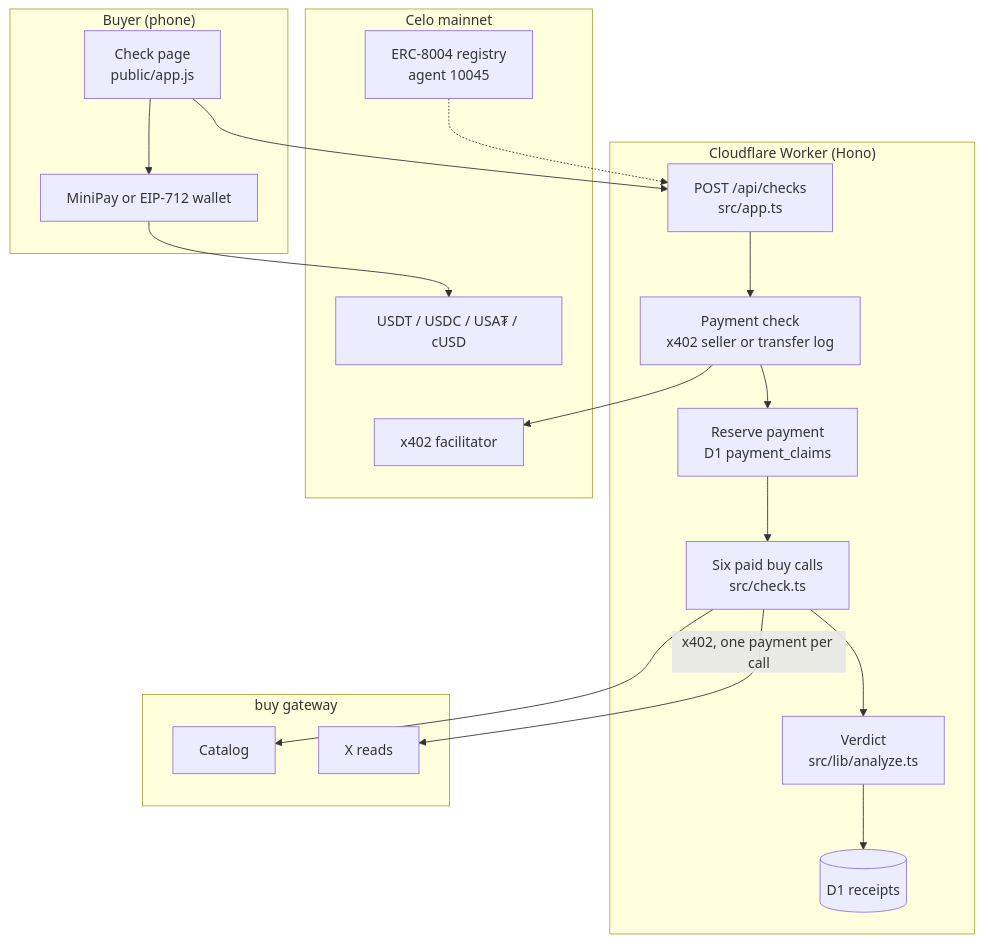
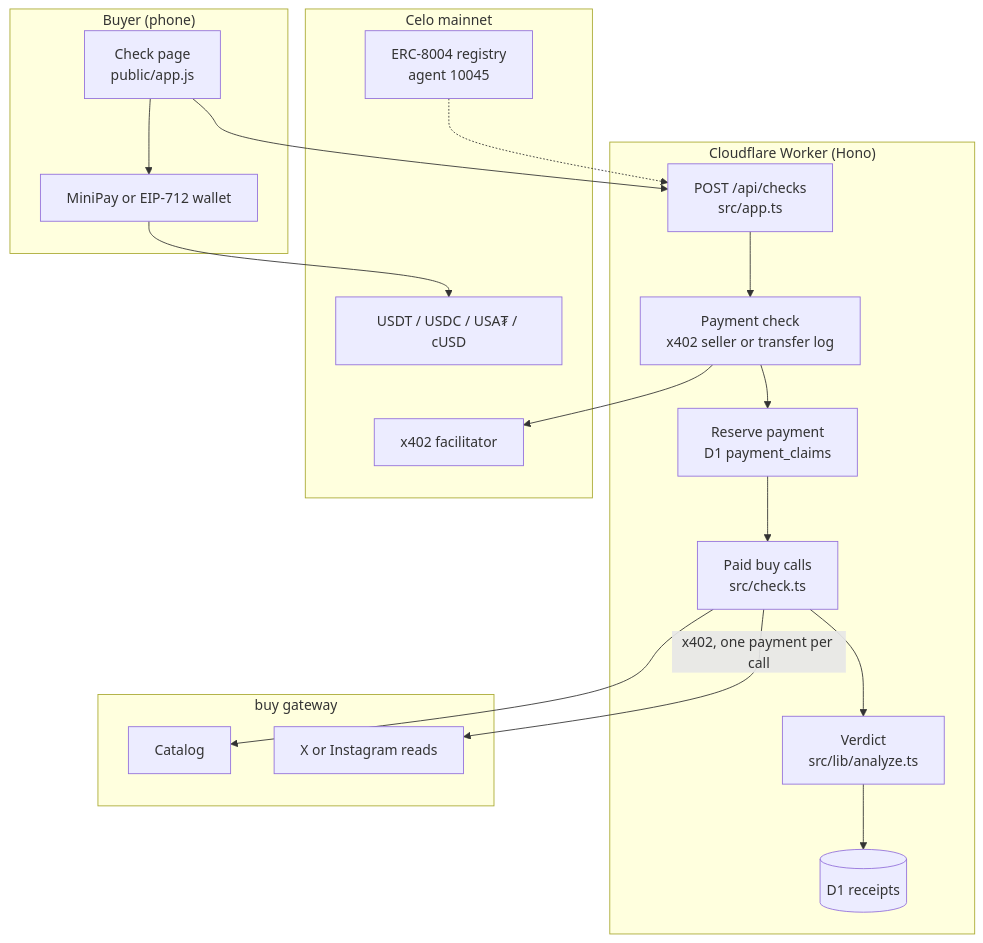
One commit to ahmardchain/pay-small-check changed the first of 2 diagrams in README.md. Above: the diagram before and after it, drawn with Mermaid. The commit also changed other lines of this file and 23 other files, not shown here.

First line of the commit message:
Add a paid Instagram check and remove WhatsApp.

````diff
--- a/README.md
+++ b/README.md
@@ -168,32 +183,32 @@
 ```mermaid
 flowchart TB
   subgraph Buyer["Buyer (phone)"]
     UI["Check page<br/>public/app.js"]
     W["MiniPay or EIP-712 wallet"]
   end
   subgraph Worker["Cloudflare Worker (Hono)"]
     API["POST /api/checks<br/>src/app.ts"]
     PAY["Payment check<br/>x402 seller or transfer log"]
     CLAIM["Reserve payment<br/>D1 payment_claims"]
-    RUN["Six paid buy calls<br/>src/check.ts"]
+    RUN["Paid buy calls<br/>src/check.ts"]
     AN["Verdict<br/>src/lib/analyze.ts"]
     DB[("D1 receipts")]
   end
   subgraph Rails["Celo mainnet"]
     FAC["x402 facilitator"]
     TOK["USDT / USDC / USA₮ / cUSD"]
     REG["ERC-8004 registry<br/>agent 10045"]
   end
   subgraph Data["buy gateway"]
     CAT["Catalog"]
-    X["X reads"]
+    X["X or Instagram reads"]
   end
   UI --> W --> TOK
   UI --> API --> PAY
   PAY --> FAC
   PAY --> CLAIM --> RUN
   RUN --> CAT
   RUN -->|"x402, one payment per call"| X
   RUN --> AN --> DB
   REG -.-> API
 ```
````
